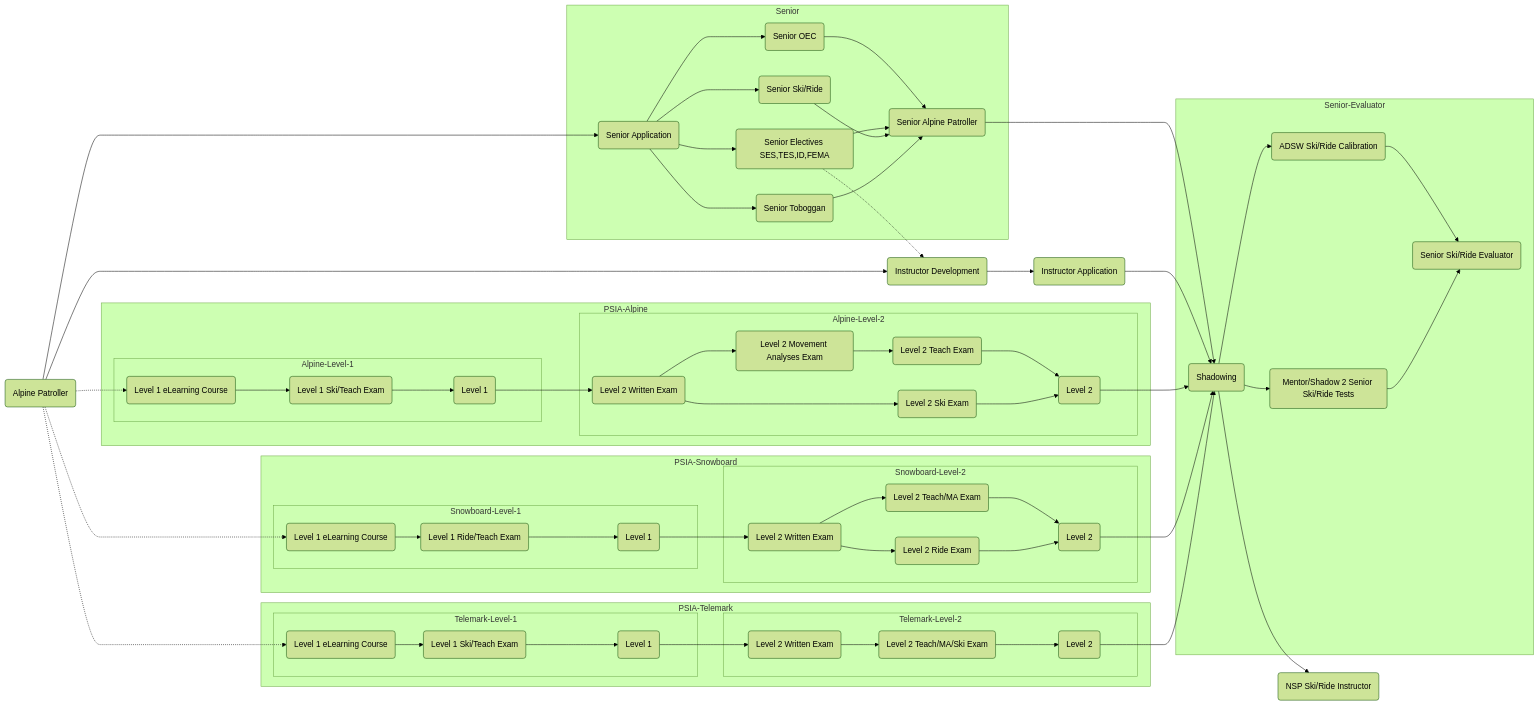
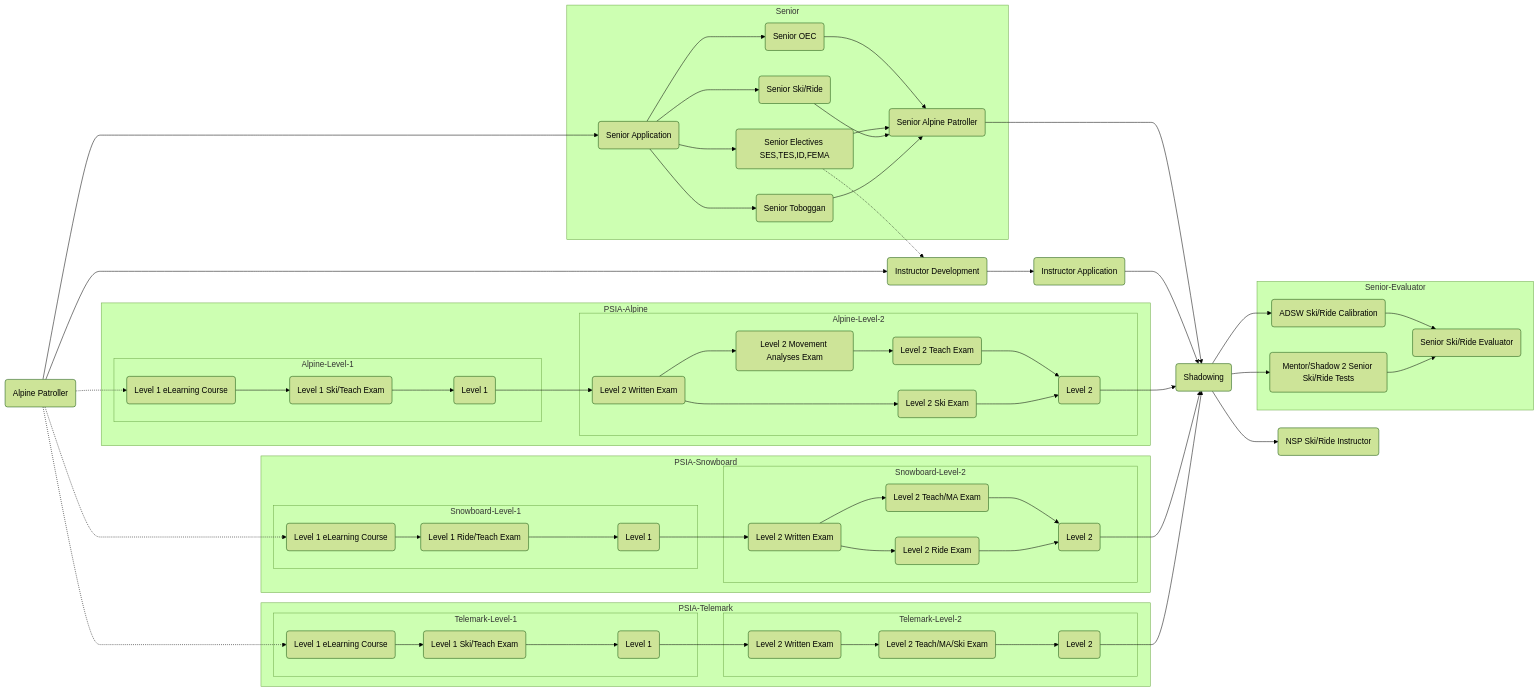
The diagram in README.md (brookpatten/nsp-ohio-instructor-path), drawn with Mermaid (forest theme) before and after one commit. The commit also changed other lines of this file, not shown here.

````diff
--- a/README.md
+++ b/README.md
@@ -1,76 +1,76 @@
 ```mermaid
   flowchart LR;
       AP(Alpine Patroller) --> SPA(Senior Application);
       subgraph Senior
       SPA --> SOEC(Senior OEC);
       SPA --> SE(Senior Electives SES,TES,ID,FEMA);
       SPA --> SR(Senior Ski/Ride);
       SPA --> ST(Senior Toboggan);
       SOEC --> SP(Senior Alpine Patroller);
       SE --> SP;
       SR --> SP;
       ST --> SP;
       end
       SE -.-> ID;
       SP --> M;
       AP --> ID(Instructor Development);
       ID --> IA(Instructor Application);
       IA --> M(Shadowing);
       M --> SRI(NSP Ski/Ride Instructor);
       
       subgraph PSIA-Alpine
       subgraph Alpine-Level-1
       L1W(Level 1 eLearning Course) --> L1E(Level 1 Ski/Teach Exam);
       L1E --> L1C(Level 1);
       end
       L1C --> L2W;
       subgraph Alpine-Level-2
       L2W(Level 2 Written Exam) --> L2MA(Level 2 Movement Analyses Exam);
       L2MA --> L2T(Level 2 Teach Exam);
       L2W --> L2S(Level 2 Ski Exam);
       L2T --> L2C(Level 2);
       L2S --> L2C;
       end
       end
       
       subgraph PSIA-Snowboard
       subgraph Snowboard-Level-1
       BL1W(Level 1 eLearning Course) --> BL1E(Level 1 Ride/Teach Exam);
       BL1E --> BL1C(Level 1);
       end
       BL1C --> BL2W;
       subgraph Snowboard-Level-2
       BL2W(Level 2 Written Exam) --> BL2T(Level 2 Teach/MA Exam);
       BL2W --> BL2S(Level 2 Ride Exam);
       BL2T --> BL2C(Level 2);
       BL2S --> BL2C;
       end
       end
 
       subgraph PSIA-Telemark
       subgraph Telemark-Level-1
       TL1W(Level 1 eLearning Course) --> TL1E(Level 1 Ski/Teach Exam);
       TL1E --> TL1C(Level 1);
       end
       TL1C --> TL2W;
       subgraph Telemark-Level-2
       TL2W(Level 2 Written Exam) --> TL2T(Level 2 Teach/MA/Ski Exam);
       TL2T --> TL2C(Level 2);
       end
       end
       
       
       L2C --> M;
       BL2C --> M;
       TL2C --> M;
       AP -.-> L1W;
       AP -.-> BL1W;
       AP -.-> TL1W;
 
-      subgraph Senior-Evaluator
       M --> ADSW(ADSW Ski/Ride Calibration);
       M --> SH(Mentor/Shadow 2 Senior Ski/Ride Tests);
+      subgraph Senior-Evaluator
       ADSW --> SS(Senior Ski/Ride Evaluator);
       SH --> SS;
       end
 ```
````
